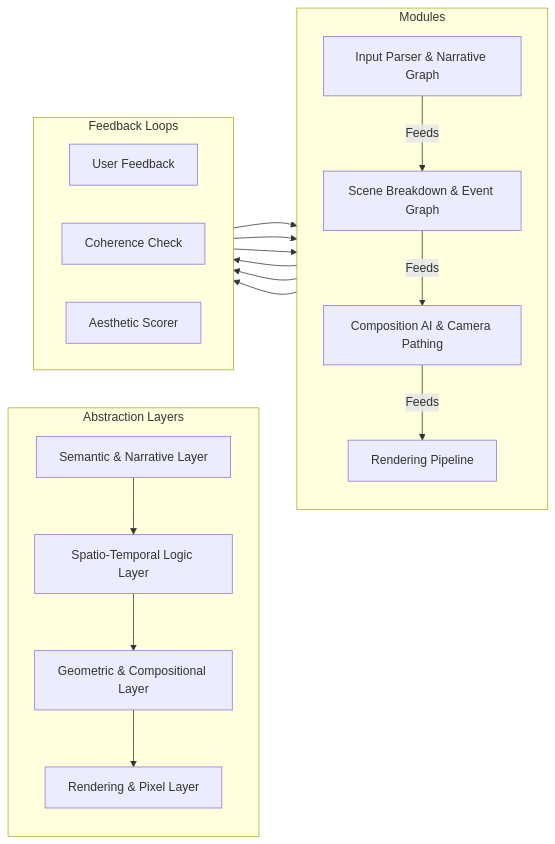
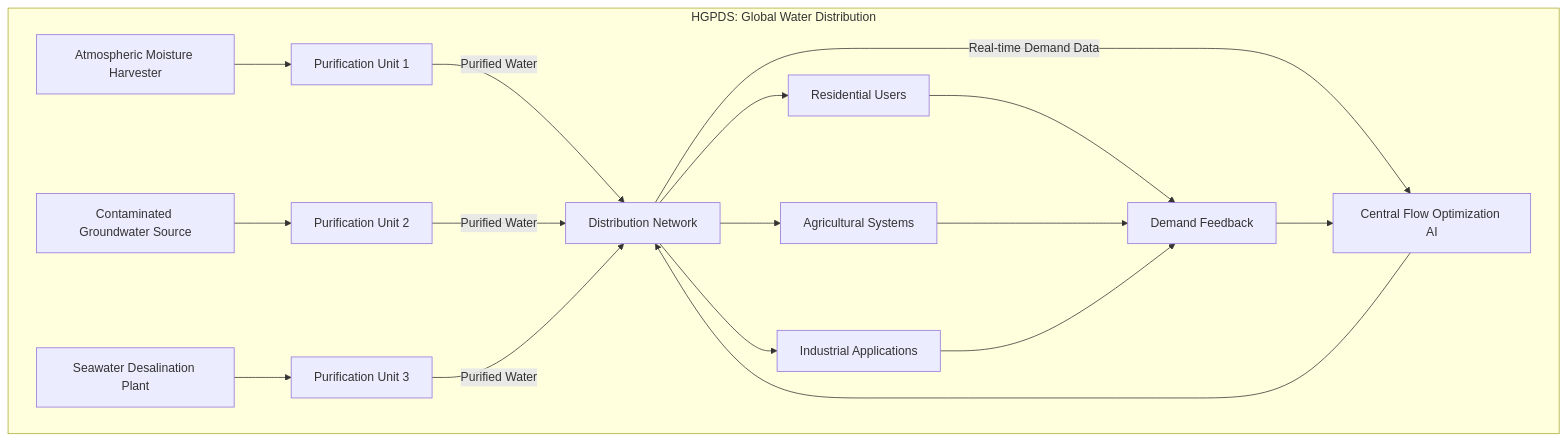
The second of 11 diagrams in inventions/107_generative_cinematic_storyboarding.md (diplomat-bit/Citibank_Demo_Business_Inc_Demonstration-), drawn with Mermaid before and after one commit. The commit also changed other lines of this file, not shown here.

````diff
--- a/inventions/107_generative_cinematic_storyboarding.md
+++ b/inventions/107_generative_cinematic_storyboarding.md
@@ -71,37 +66,20 @@
 ```mermaid
-graph LR
-    subgraph Abstraction Layers
-        direction TB
-        L1[Semantic & Narrative Layer]
-        L2[Spatio-Temporal Logic Layer]
-        L3[Geometric & Compositional Layer]
-        L4[Rendering & Pixel Layer]
+graph TD
+    subgraph HGPDS: Global Water Distribution
+        A[Atmospheric Moisture Harvester] --> P1[Purification Unit 1]
+        B[Contaminated Groundwater Source] --> P2[Purification Unit 2]
+        C[Seawater Desalination Plant] --> P3[Purification Unit 3]
+        
+        P1 -- Purified Water --> D[Distribution Network]
+        P2 -- Purified Water --> D
+        P3 -- Purified Water --> D
+        
+        D -- Real-time Demand Data --> E[Central Flow Optimization AI]
+        E --> D
+        D --> F1[Residential Users]
+        D --> F2[Agricultural Systems]
+        D --> F3[Industrial Applications]
+        F1 & F2 & F3 --> G[Demand Feedback]
+        G --> E
     end
-
-    subgraph Modules
-        direction TB
-        M1[Input Parser & Narrative Graph]
-        M2[Scene Breakdown & Event Graph]
-        M3[Composition AI & Camera Pathing]
-        M4[Rendering Pipeline]
-    end
-
-    L1 --> L2
-    L2 --> L3
-    L3 --> L4
-    
-    M1 -- Feeds --> M2
-    M2 -- Feeds --> M3
-    M3 -- Feeds --> M4
-
-    subgraph Feedback Loops
-        direction RL
-        FB1[User Feedback] --> M1
-        FB2[Coherence Check] --> M2
-        FB3[Aesthetic Scorer] --> M3
-    end
-    
-    M4 --> FB1
-    M3 --> FB2
-    M2 --> FB3
 ```
````
